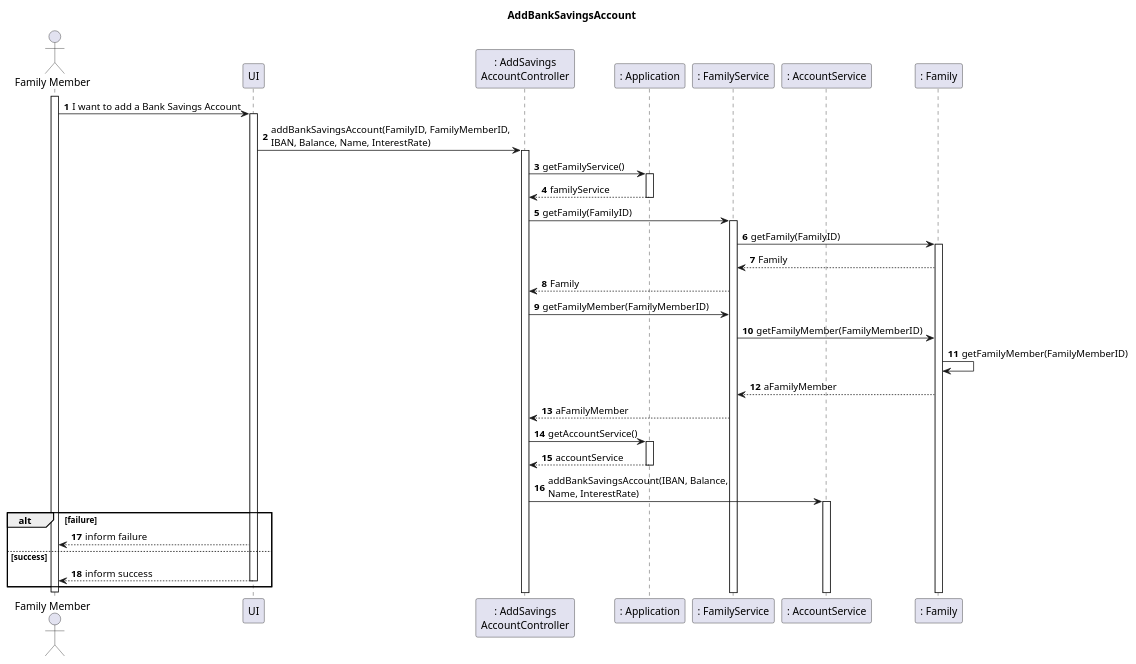
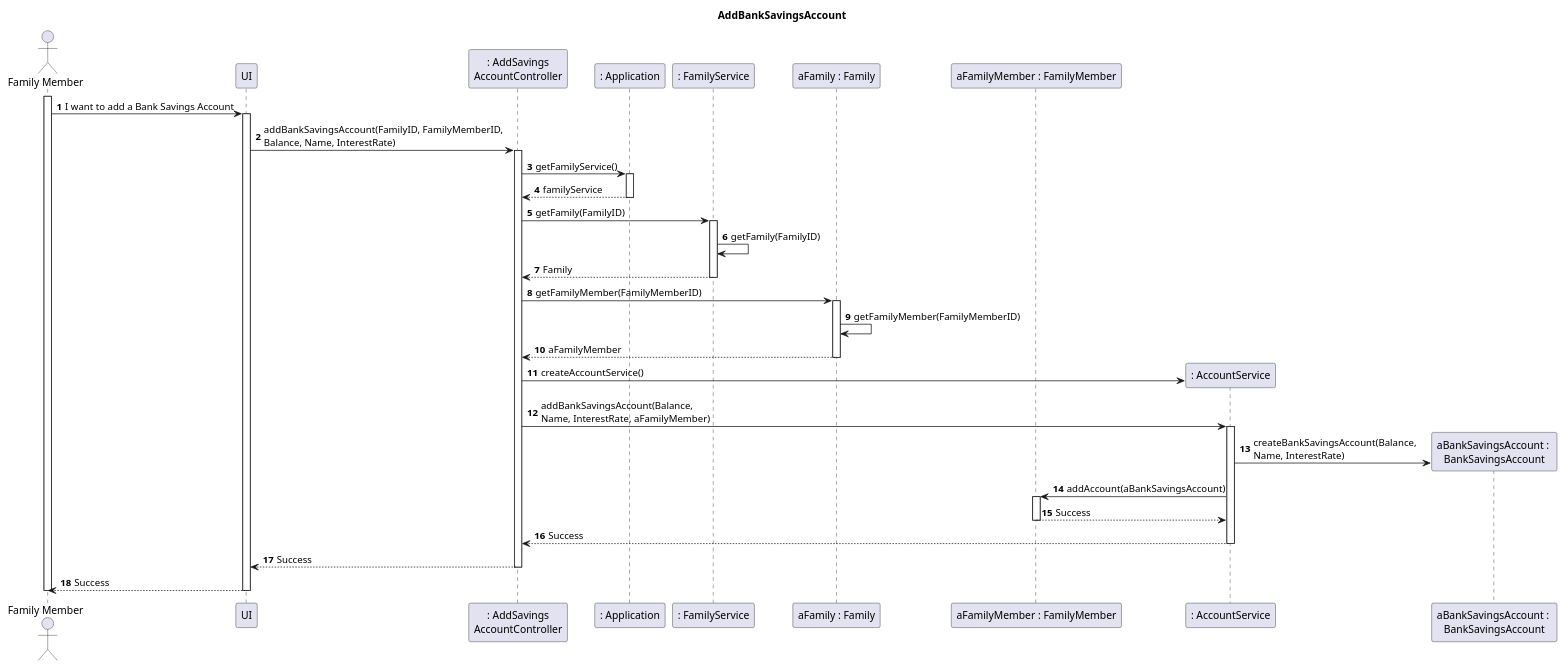
The second of 3 diagrams in docs/sprint2/user_stories/US172_AddBankSavingsAccount.md (tomas-osswald/switch_2020_g3), drawn with PlantUML before and after one commit.

Commit message:
Initial Sequence Diagram only success case

`````diff
--- a/docs/sprint2/user_stories/US172_AddBankSavingsAccount.md
+++ b/docs/sprint2/user_stories/US172_AddBankSavingsAccount.md
@@ -59,50 +59,51 @@
 ````puml
 autonumber
 
 
 
 title AddBankSavingsAccount
 actor "Family Member" as FamilyMember
 participant "UI" as UI
 participant ": AddSavings\nAccountController" as Controller
 participant ": Application" as App
 participant ": FamilyService" as FamilyService
+participant "aFamily : Family" as Family
+participant "aFamilyMember : FamilyMember" as aFamilyMember
 participant ": AccountService" as AccountService
-participant ": Family" as Family
+participant "aBankSavingsAccount : \nBankSavingsAccount" as BankAccount
 
 activate FamilyMember
 FamilyMember -> UI: I want to add a Bank Savings Account
 activate UI
-UI -> Controller : addBankSavingsAccount(FamilyID, FamilyMemberID, \nIBAN, Balance, Name, InterestRate)
+UI -> Controller : addBankSavingsAccount(FamilyID, FamilyMemberID, \nBalance, Name, InterestRate)
 activate Controller
 Controller -> App : getFamilyService()
 activate App
 App --> Controller : familyService
 deactivate App
 Controller -> FamilyService : getFamily(FamilyID)
 activate FamilyService
-FamilyService -> Family : getFamily(FamilyID)
-activate Family
-Family --> FamilyService : Family
+FamilyService -> FamilyService : getFamily(FamilyID)
 FamilyService --> Controller : Family
-Controller -> FamilyService : getFamilyMember(FamilyMemberID)
-FamilyService -> Family : getFamilyMember(FamilyMemberID)
+deactivate FamilyService
+Controller -> Family : getFamilyMember(FamilyMemberID)
+Activate Family
 Family -> Family : getFamilyMember(FamilyMemberID)
-Family --> FamilyService : aFamilyMember
-FamilyService --> Controller : aFamilyMember
-Controller -> App : getAccountService()
-activate App
-App --> Controller : accountService
-deactivate App
-Controller -> AccountService : addBankSavingsAccount(IBAN, Balance, \nName, InterestRate)
+Family --> Controller : aFamilyMember
+Deactivate Family
+Controller -> AccountService ** : createAccountService()
+Controller -> AccountService : addBankSavingsAccount(Balance, \nName, InterestRate, aFamilyMember)
 activate AccountService
- 
-alt failure
-UI --> FamilyMember: inform failure
-else success
-UI --> FamilyMember: inform success
+AccountService -> BankAccount ** : createBankSavingsAccount(Balance, \nName, InterestRate)
+AccountService -> aFamilyMember : addAccount(aBankSavingsAccount) 
+activate aFamilyMember
+aFamilyMember --> AccountService : Success
+deactivate aFamilyMember
+AccountService --> Controller : Success
+deactivate AccountService
+Controller --> UI : Success
+deactivate Controller
+UI --> FamilyMember : Success
 deactivate UI
-end alt
 deactivate FamilyMember
-
 ````
`````
